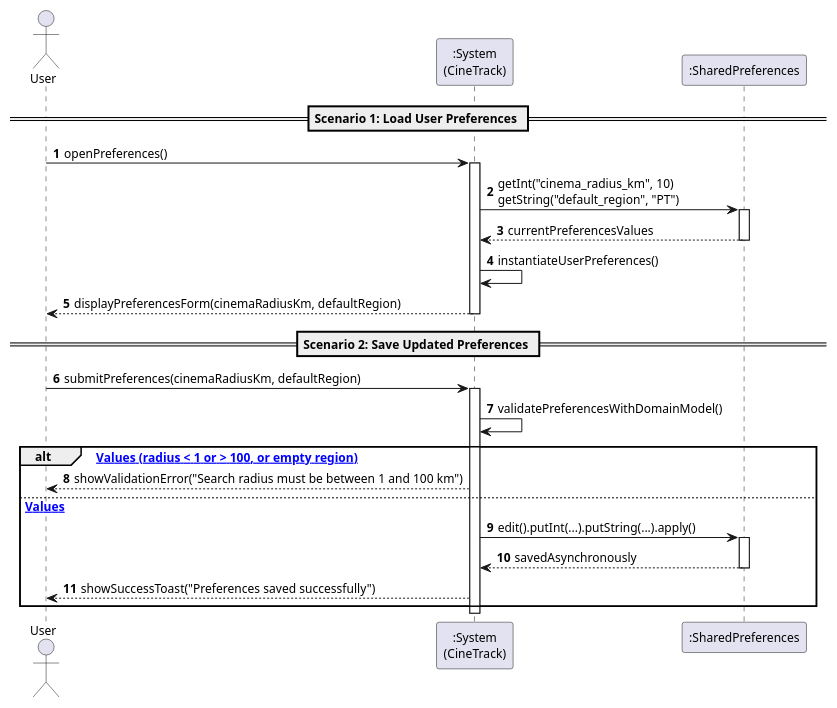
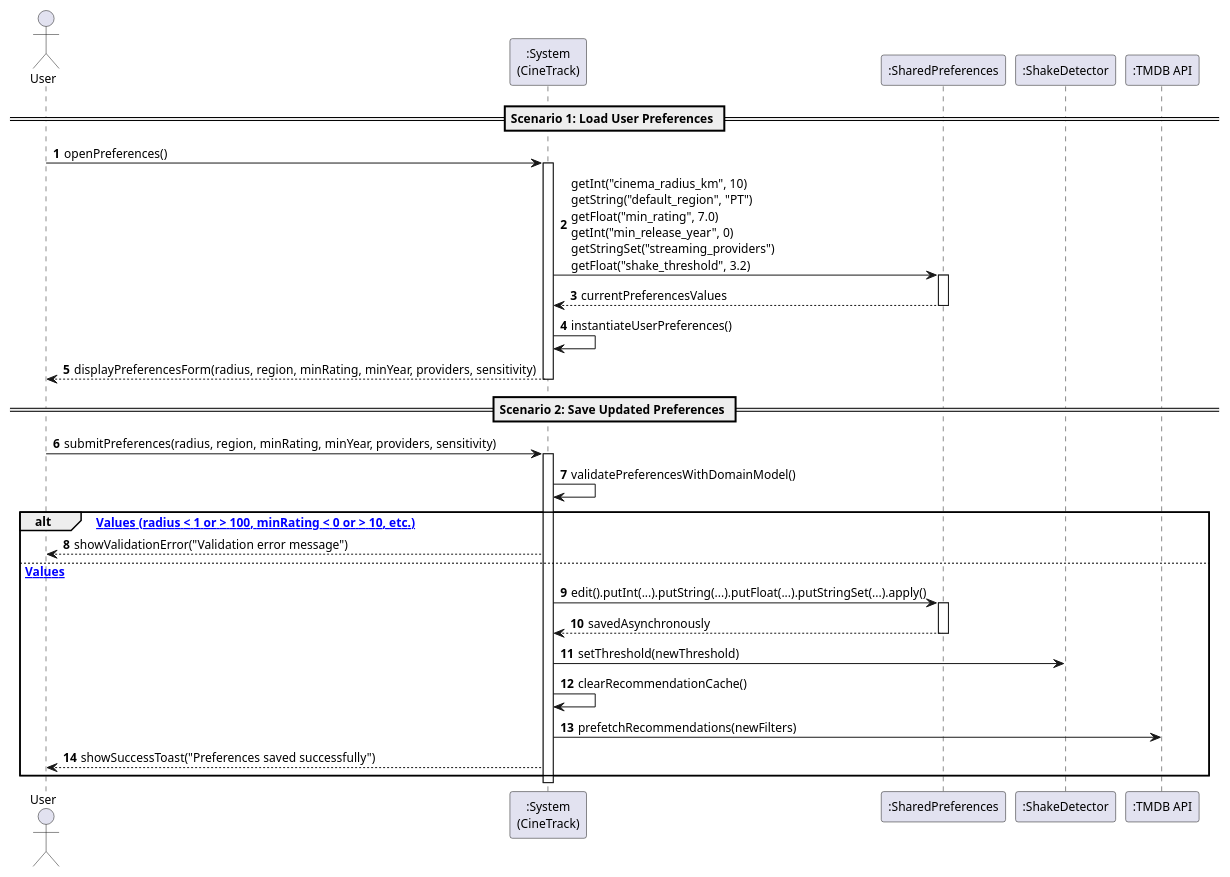
One commit to Andre-1240567/DSSMV_ProjectDroid_1240567_1241013 changed the diagram in docs/Use Cases/US8/puml/ssd_us8_preferences.puml. Above: the diagram before and after it, drawn with PlantUML. The commit also changed 6 other files, not shown here.

```diff
--- a/docs/Use Cases/US8/puml/ssd_us8_preferences.puml
+++ b/docs/Use Cases/US8/puml/ssd_us8_preferences.puml
@@ -1,48 +1,54 @@
 @startuml
 skinparam handwritten false
 skinparam monochrome false
 skinparam shadowing false
 skinparam defaultFontName "Helvetica, Arial, sans-serif"
 skinparam defaultFontSize 12
 
 actor "User" as User
 participant ":System\n(CineTrack)" as System
 participant ":SharedPreferences" as Prefs
+participant ":ShakeDetector" as Shake
+participant ":TMDB API" as TMDB
 
 autonumber
 
 == Scenario 1: Load User Preferences ==
 
 User -> System : openPreferences()
 activate System
 
-System -> Prefs : getInt("cinema_radius_km", 10)\ngetString("default_region", "PT")
+System -> Prefs : getInt("cinema_radius_km", 10)\ngetString("default_region", "PT")\ngetFloat("min_rating", 7.0)\ngetInt("min_release_year", 0)\ngetStringSet("streaming_providers")\ngetFloat("shake_threshold", 3.2)
 activate Prefs
 Prefs --> System : currentPreferencesValues
 deactivate Prefs
 
 System -> System : instantiateUserPreferences()
-System --> User : displayPreferencesForm(cinemaRadiusKm, defaultRegion)
+System --> User : displayPreferencesForm(radius, region, minRating, minYear, providers, sensitivity)
 deactivate System
 
 == Scenario 2: Save Updated Preferences ==
 
-User -> System : submitPreferences(cinemaRadiusKm, defaultRegion)
+User -> System : submitPreferences(radius, region, minRating, minYear, providers, sensitivity)
 activate System
 
 System -> System : validatePreferencesWithDomainModel()
 
-alt [Invalid Values (radius < 1 or > 100, or empty region)]
-    System --> User : showValidationError("Search radius must be between 1 and 100 km")
+alt [Invalid Values (radius < 1 or > 100, minRating < 0 or > 10, etc.)]
+    System --> User : showValidationError("Validation error message")
 else [Valid Values]
-    System -> Prefs : edit().putInt(...).putString(...).apply()
+    System -> Prefs : edit().putInt(...).putString(...).putFloat(...).putStringSet(...).apply()
     activate Prefs
     Prefs --> System : savedAsynchronously
     deactivate Prefs
+    
+    System -> Shake : setThreshold(newThreshold)
+    System -> System : clearRecommendationCache()
+    System -> TMDB : prefetchRecommendations(newFilters)
     
     System --> User : showSuccessToast("Preferences saved successfully")
 end
 
 deactivate System
 
 @enduml
```
